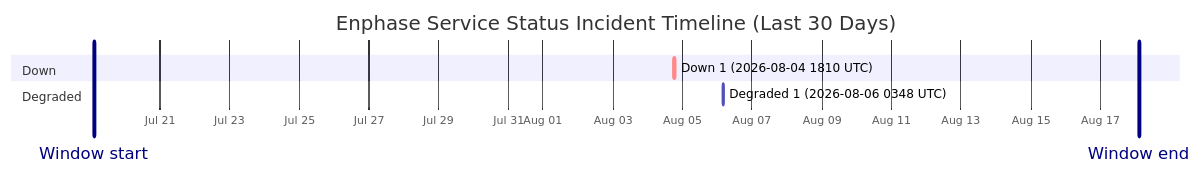
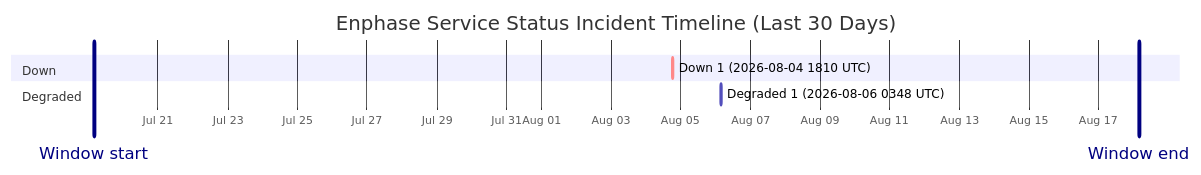
Before and after one commit to barneyonline/ha-enphase-energy: the diagram in wiki/Service-Status-History.md, drawn with Mermaid. The commit also changed other lines of this file and 3 other files, not shown here.

````diff
--- a/wiki/Service-Status-History.md
+++ b/wiki/Service-Status-History.md
@@ -14,12 +14,12 @@
 ```mermaid
 gantt
     title Enphase Service Status Incident Timeline (Last 30 Days)
     dateFormat  YYYY-MM-DDTHH:mm:ss
     axisFormat  %b %d
-    Window start :vert, window-start, 2026-07-19T02:34:59, 0ms
-    Window end :vert, window-end, 2026-08-18T02:34:59, 0ms
+    Window start :vert, window-start, 2026-07-19T03:41:58, 0ms
+    Window end :vert, window-end, 2026-08-18T03:41:58, 0ms
     section Down
     Down 1 (2026-08-04 1810 UTC) :crit, down-1, 2026-08-04T18:10:46, 60m
     section Degraded
     Degraded 1 (2026-08-06 0348 UTC) :active, degraded-1, 2026-08-06T03:48:14, 60m
 ```
````
